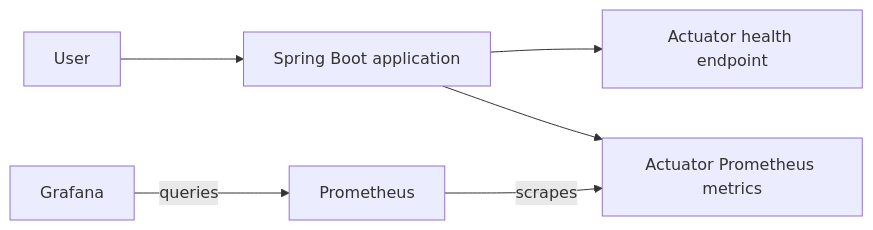
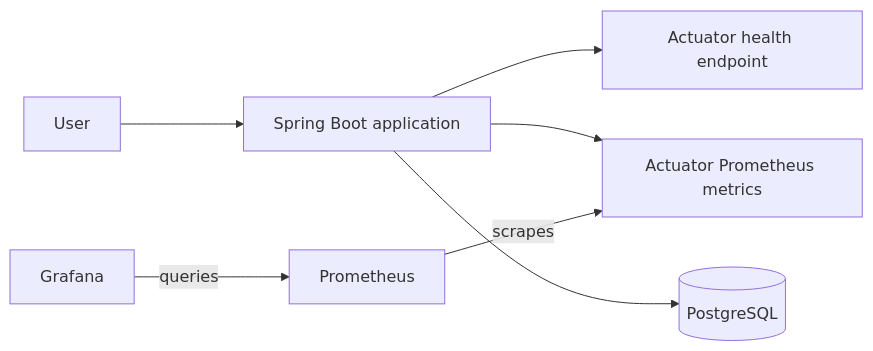
Before and after one commit to istvandezsi/java-cloud-platform-lab: the first of 4 diagrams in docs/architecture.md, drawn with Mermaid. The commit also changed other lines of this file and 10 other files, not shown here.

Commit message:
Add PostgreSQL persistence for task API

````diff
--- a/docs/architecture.md
+++ b/docs/architecture.md
@@ -19,10 +23,11 @@
 ```mermaid
 flowchart LR
     User[User] --> App[Spring Boot application]
 
     App --> Health[Actuator health endpoint]
     App --> Metrics[Actuator Prometheus metrics]
+    App --> Database[(PostgreSQL)]
 
     Prometheus[Prometheus] -->|scrapes| Metrics
     Grafana[Grafana] -->|queries| Prometheus
 ```
````
